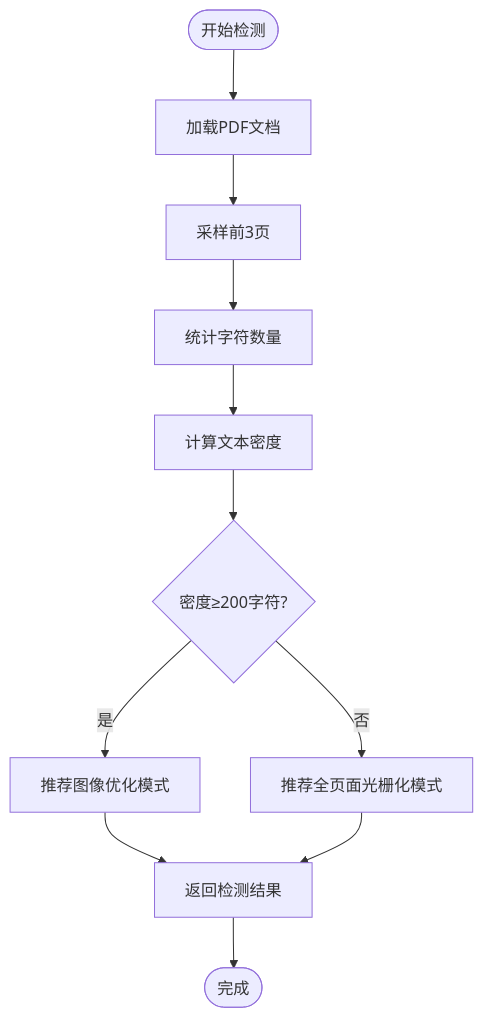
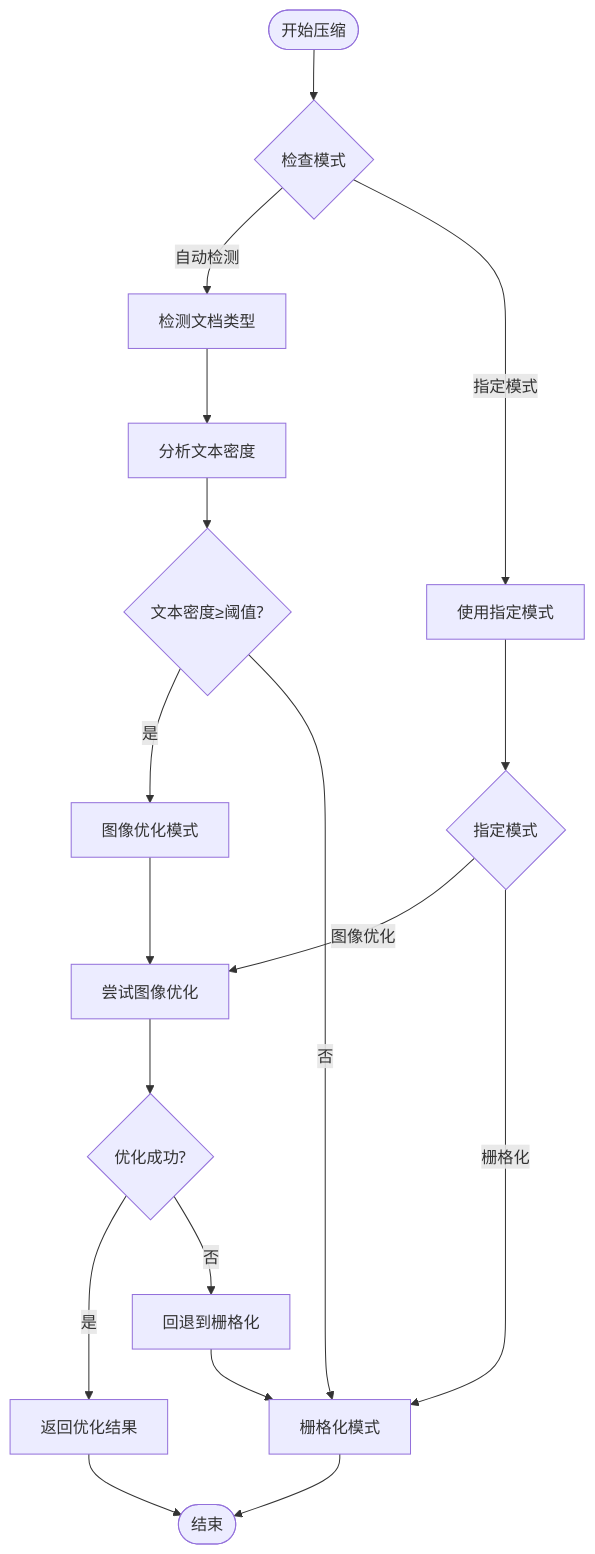
One commit to sgyy/privadeck changed the third of 9 diagrams in .qoder/repowiki/zh/content/PDF工具/PDF压缩工具.md. Above: the diagram before and after it, drawn with Mermaid. The commit also changed other lines of this file and 48 other files, not shown here.

````diff
--- a/.qoder/repowiki/zh/content/PDF工具/PDF压缩工具.md
+++ b/.qoder/repowiki/zh/content/PDF工具/PDF压缩工具.md
@@ -216,13 +203,20 @@
 ```mermaid
 flowchart TD
-Start([开始检测]) --> LoadPDF["加载PDF文档"]
-LoadPDF --> SamplePages["采样前3页"]
-SamplePages --> CountChars["统计字符数量"]
-CountChars --> CalcDensity["计算文本密度"]
-CalcDensity --> CheckThreshold{"密度≥200字符?"}
-CheckThreshold --> |是| TextMode["推荐图像优化模式"]
-CheckThreshold --> |否| ScanMode["推荐全页面光栅化模式"]
-TextMode --> ReturnResult["返回检测结果"]
-ScanMode --> ReturnResult
-ReturnResult --> End([完成])
+Start([开始压缩]) --> ModeCheck{检查模式}
+ModeCheck --> |自动检测| DetectMode["检测文档类型"]
+ModeCheck --> |指定模式| UseMode["使用指定模式"]
+DetectMode --> AnalyzeText["分析文本密度"]
+AnalyzeText --> TextHeavy{"文本密度≥阈值?"}
+TextHeavy --> |是| ImageOptimize["图像优化模式"]
+TextHeavy --> |否| Rasterize["栅格化模式"]
+ImageOptimize --> TryOptimize["尝试图像优化"]
+TryOptimize --> OptimizeSuccess{"优化成功?"}
+OptimizeSuccess --> |是| ReturnOptimize["返回优化结果"]
+OptimizeSuccess --> |否| FallbackRasterize["回退到栅格化"]
+UseMode --> SpecificMode{"指定模式"}
+SpecificMode --> |图像优化| TryOptimize
+SpecificMode --> |栅格化| Rasterize
+ReturnOptimize --> End([结束])
+FallbackRasterize --> Rasterize
+Rasterize --> End
 ```
````
